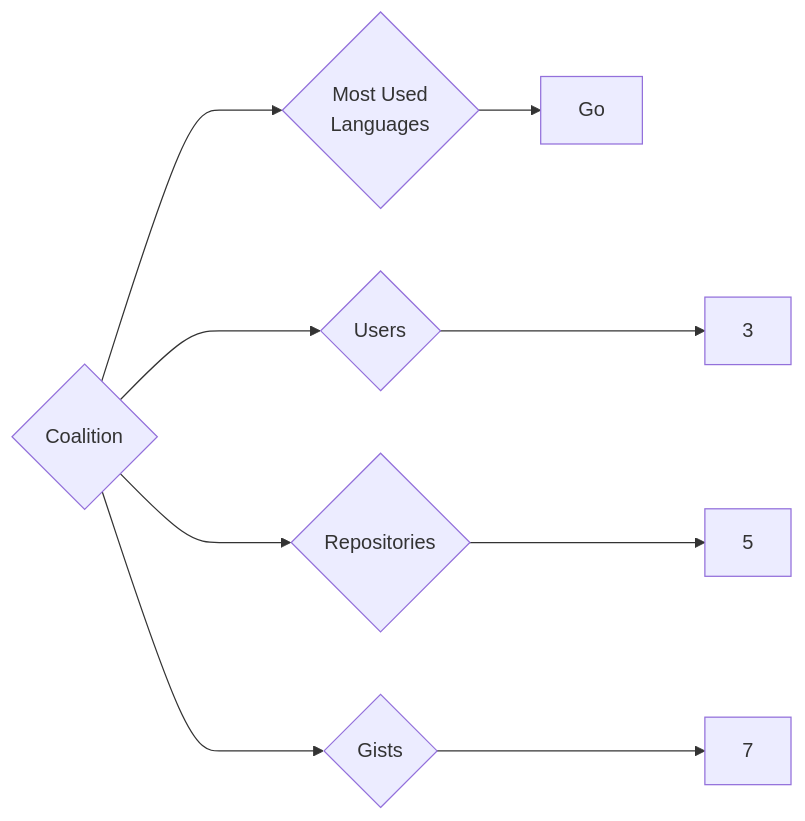
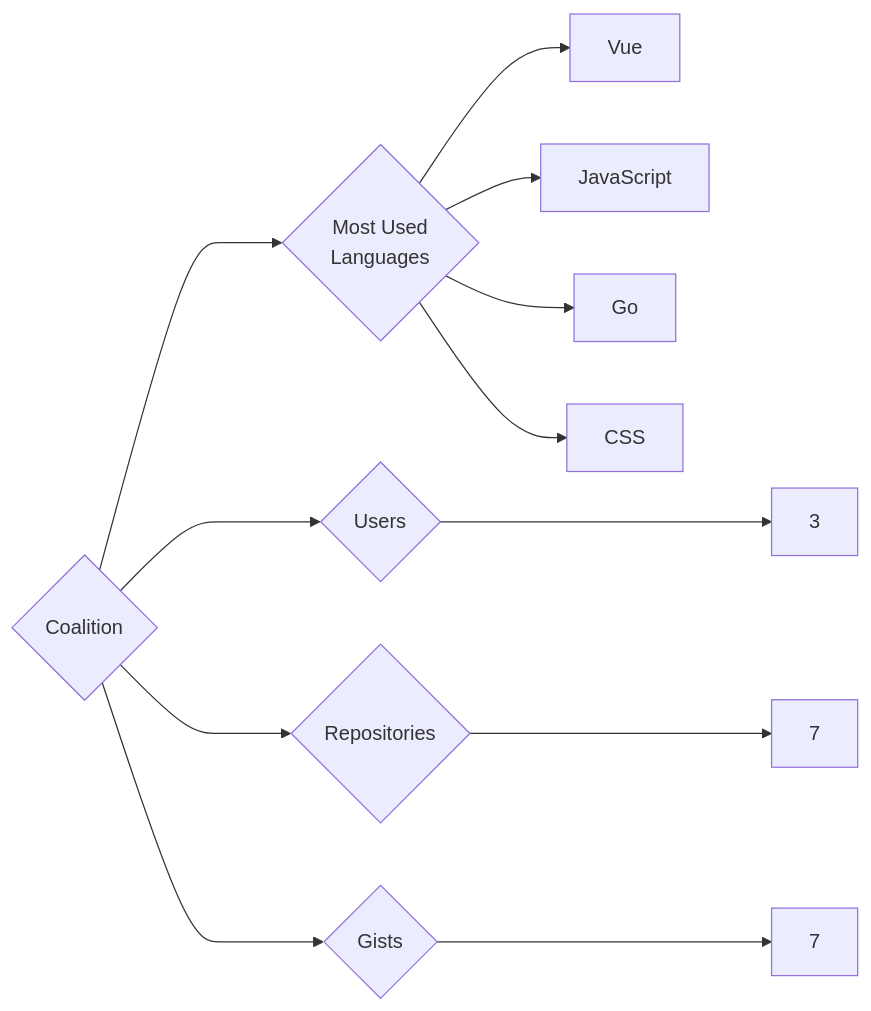
Before and after one commit to trickest/insiders: the diagram in targets/Coalition/README.md, drawn with Mermaid. The commit also changed 1030 other files, not shown here.

````diff
--- a/targets/Coalition/README.md
+++ b/targets/Coalition/README.md
@@ -3,9 +3,12 @@
 ```mermaid
 graph LR
 COMPANY_NAME{Coalition}
 COMPANY_NAME ---> U{Users} ---> UN[3]
-COMPANY_NAME ---> R{Repositories} ---> RN[5]
+COMPANY_NAME ---> R{Repositories} ---> RN[7]
 COMPANY_NAME ---> G{Gists} ---> GN[7]
 COMPANY_NAME ---> ML{Most Used<br>Languages}
+ML --> Vue[Vue]
+ML --> JavaScript[JavaScript]
 ML --> Go[Go]
+ML --> CSS[CSS]
 ```
````
